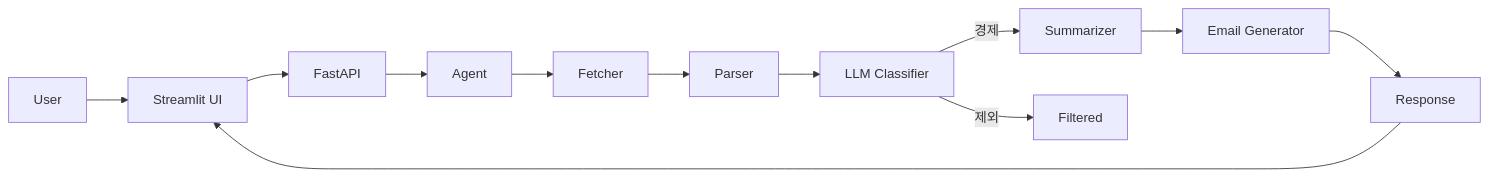
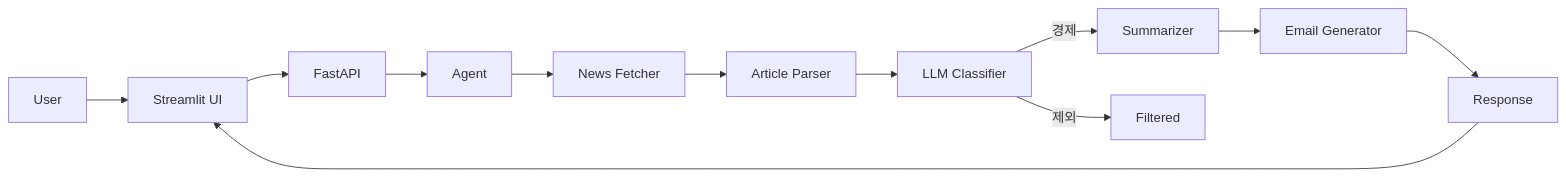
Before and after one commit to sebastiaok/PJT_BC: the first of 2 diagrams in README_hankyung_agent_badge.md, drawn with Mermaid. The commit also changed other lines of this file, not shown here.

````diff
--- a/README_hankyung_agent_badge.md
+++ b/README_hankyung_agent_badge.md
@@ -28,14 +67,17 @@
 ```mermaid
 flowchart LR
 A[User] --> B[Streamlit UI]
 B --> C[FastAPI]
 C --> D[Agent]
-D --> E[Fetcher]
-E --> F[Parser]
+
+D --> E[News Fetcher]
+E --> F[Article Parser]
 F --> G[LLM Classifier]
+
 G -->|경제| H[Summarizer]
 G -->|제외| X[Filtered]
+
 H --> I[Email Generator]
 I --> J[Response]
 J --> B
 ```
````
